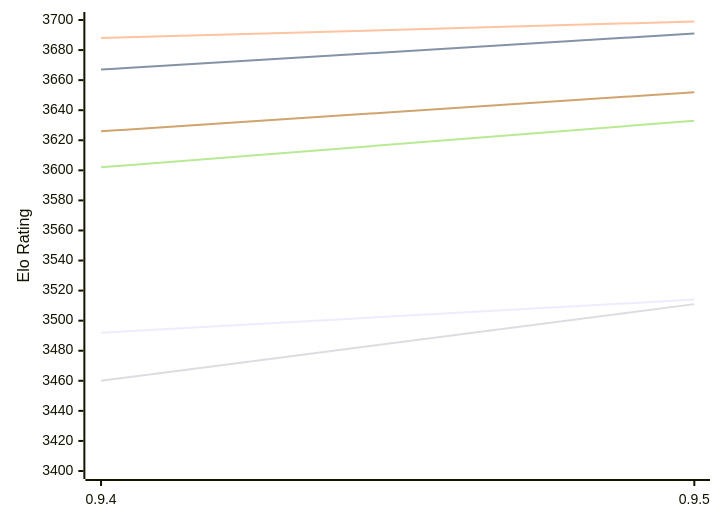
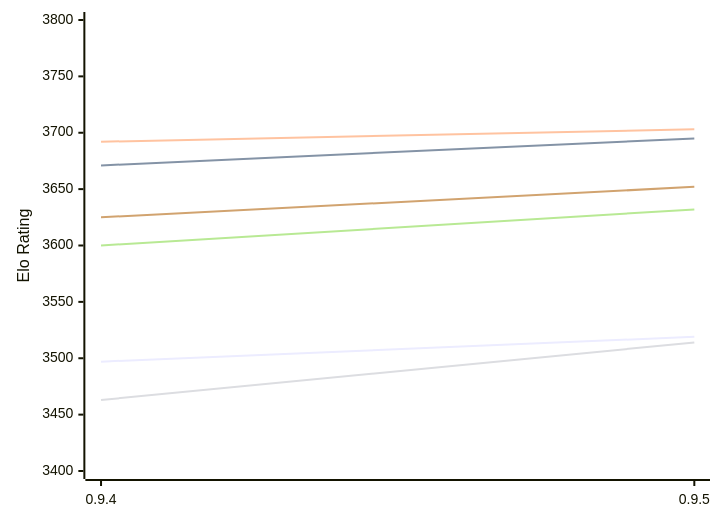
One commit to computer-chess-index/cci changed the first of 2 diagrams in engines/Coda.md. Above: the diagram before and after it, drawn with Mermaid. The commit also changed other lines of this file, not shown here.

Commit message:
Update CCI Ratings (ELO VLTC) - 2026-11-20

````diff
--- a/engines/Coda.md
+++ b/engines/Coda.md
@@ -52,12 +52,12 @@
 ```mermaid
 %%{init: {"theme":"base","themeVariables":{"seriesColors:['#a3a3a3','#222221','#faa371']}}}%%
 xychart-beta
   x-axis ["0.9.4", "0.9.5"]
-  y-axis "Elo Rating" 3400 --> 3700
-  line "E1: STC (8.0+0.08s)" [3492, 3514]
-  line "E1: LTC (60.0+0.60s)" [3667, 3691]
-  line "E1: VLTC (2m24s+1.12s)" [3688, 3699]
-  line "P1: STC (8.0+0.08s)" [3460, 3511]
-  line "P1: LTC (60.0+0.60s)" [3602, 3633]
-  line "P1: VLTC (2m24s+1.12s)" [3626, 3652]
+  y-axis "Elo Rating" 3400 --> 3800
+  line "E1: STC (8.0+0.08s)" [3497, 3519]
+  line "E1: LTC (60.0+0.60s)" [3671, 3695]
+  line "E1: VLTC (2m24s+1.12s)" [3692, 3703]
+  line "P1: STC (8.0+0.08s)" [3463, 3514]
+  line "P1: LTC (60.0+0.60s)" [3600, 3632]
+  line "P1: VLTC (2m24s+1.12s)" [3625, 3652]
 ```
````
